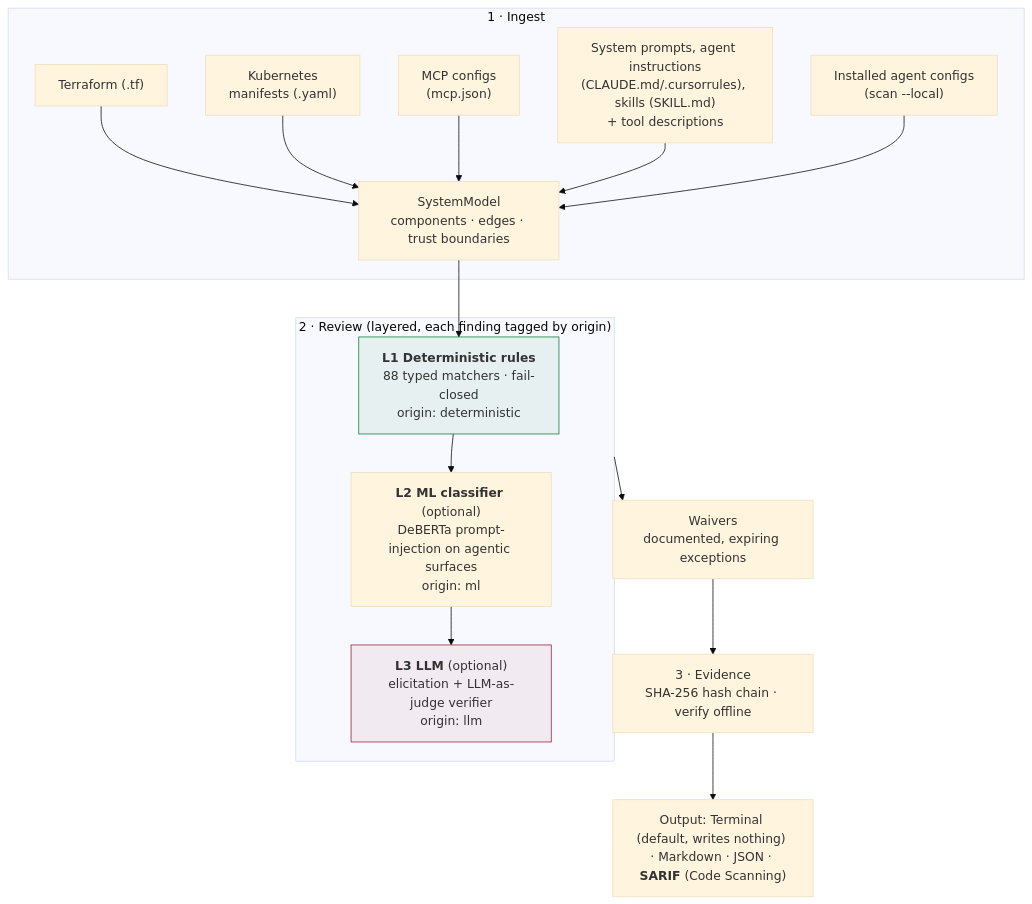
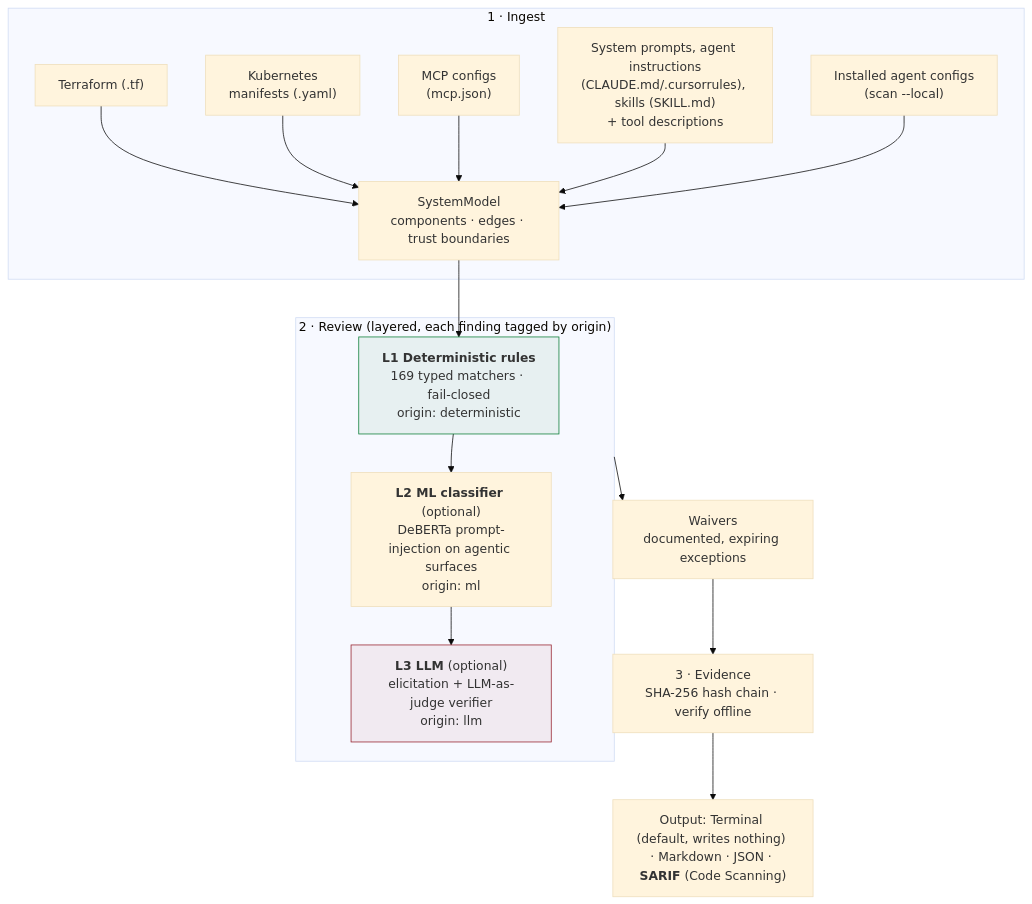
The first of 4 diagrams in README.md (zeyadalsakhii/attestral), drawn with Mermaid (base theme) before and after one commit. The commit also changed other lines of this file and 12 other files, not shown here.

````diff
--- a/README.md
+++ b/README.md
@@ -93,23 +93,23 @@
 ```mermaid
 flowchart TB
     subgraph ING["1 · Ingest"]
         TF["Terraform (.tf)"] --> M
         K8S["Kubernetes<br/>manifests (.yaml)"] --> M
         MCP["MCP configs<br/>(mcp.json)"] --> M
         SP["System prompts, agent instructions<br/>(CLAUDE.md/.cursorrules), skills (SKILL.md)<br/>+ tool descriptions"] --> M
         LC["Installed agent configs<br/>(scan --local)"] --> M
         M["SystemModel<br/>components · edges · trust boundaries"]
     end
     M --> L1
     subgraph REV["2 · Review (layered, each finding tagged by origin)"]
-        L1["<b>L1 Deterministic rules</b><br/>88 typed matchers · fail-closed<br/>origin: deterministic"]
+        L1["<b>L1 Deterministic rules</b><br/>169 typed matchers · fail-closed<br/>origin: deterministic"]
         L2["<b>L2 ML classifier</b> (optional)<br/>DeBERTa prompt-injection on agentic surfaces<br/>origin: ml"]
         L3["<b>L3 LLM</b> (optional)<br/>elicitation + LLM-as-judge verifier<br/>origin: llm"]
         L1 --> L2 --> L3
     end
     REV --> W["Waivers<br/>documented, expiring exceptions"]
     W --> EV["3 · Evidence<br/>SHA-256 hash chain · verify offline"]
     EV --> OUT["Output: Terminal (default, writes nothing) · Markdown · JSON · <b>SARIF</b> (Code Scanning)"]
     style L1 fill:#0a7d3611,stroke:#0a7d36
     style L3 fill:#96222E11,stroke:#96222E
 ```
````
